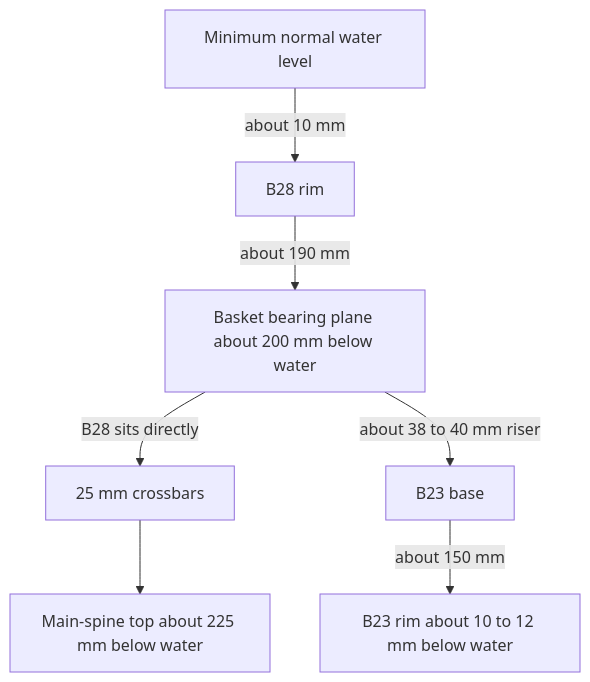
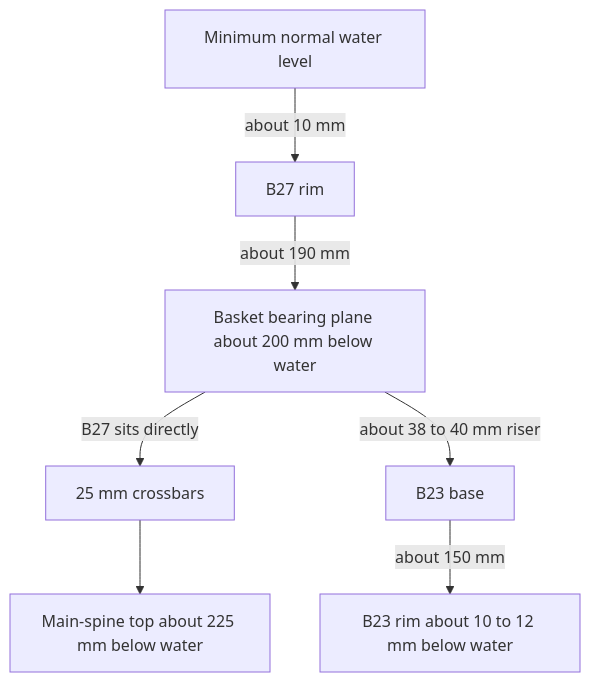
The second of 2 diagrams in docs/packs/c/R3-rail.md (Dub1n/pond), drawn with Mermaid before and after one commit. The commit also changed other lines of this file and 56 other files, not shown here.

````diff
--- a/docs/packs/c/R3-rail.md
+++ b/docs/packs/c/R3-rail.md
@@ -245,9 +245,9 @@
 ```mermaid
 flowchart TB
-    W[Minimum normal water level] -->|about 10 mm| R28[B28 rim]
+    W[Minimum normal water level] -->|about 10 mm| R28[B27 rim]
     R28 -->|about 190 mm| BP[Basket bearing plane about 200 mm below water]
-    BP -->|B28 sits directly| C[25 mm crossbars]
+    BP -->|B27 sits directly| C[25 mm crossbars]
     C --> MS[Main-spine top about 225 mm below water]
     BP -->|about 38 to 40 mm riser| B23[B23 base]
     B23 -->|about 150 mm| R23[B23 rim about 10 to 12 mm below water]
 ```
````
